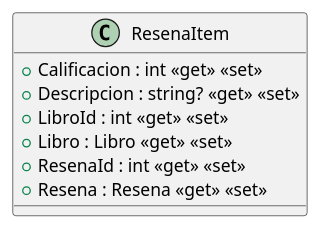
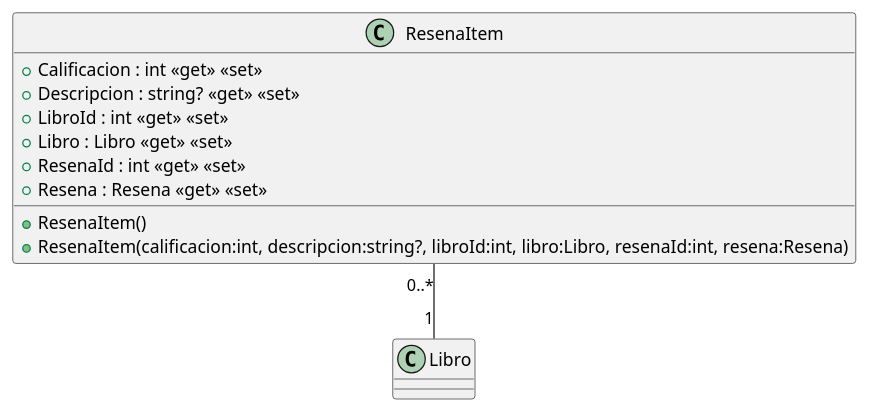
One commit to ISII2627SoftwareEngineers/ISII2627SoftwareEngineers changed the diagram in src/AppForSEII.API/ClassDiagram/ResenaItem.puml. Above: the diagram before and after it, drawn with PlantUML. The commit also changed 13 other files, not shown here.

Commit message:
Actualizados los diagramas de clases y el diagrama del caso de uso 4 ResenarLibros

```diff
--- a/src/AppForSEII.API/ClassDiagram/ResenaItem.puml
+++ b/src/AppForSEII.API/ClassDiagram/ResenaItem.puml
@@ -1,10 +1,13 @@
 @startuml
 class ResenaItem {
+    + ResenaItem()
+    + ResenaItem(calificacion:int, descripcion:string?, libroId:int, libro:Libro, resenaId:int, resena:Resena)
     + Calificacion : int <<get>> <<set>>
     + Descripcion : string? <<get>> <<set>>
     + LibroId : int <<get>> <<set>>
     + Libro : Libro <<get>> <<set>>
     + ResenaId : int <<get>> <<set>>
     + Resena : Resena <<get>> <<set>>
 }
+ResenaItem "0..*" -- "1" Libro
 @enduml
```
